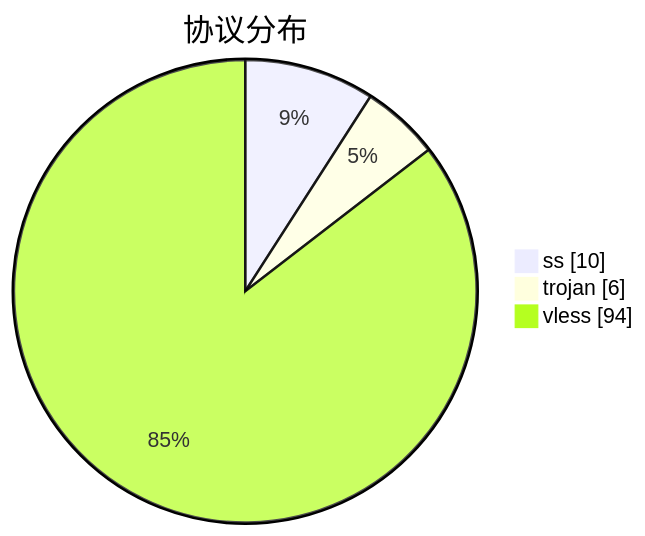
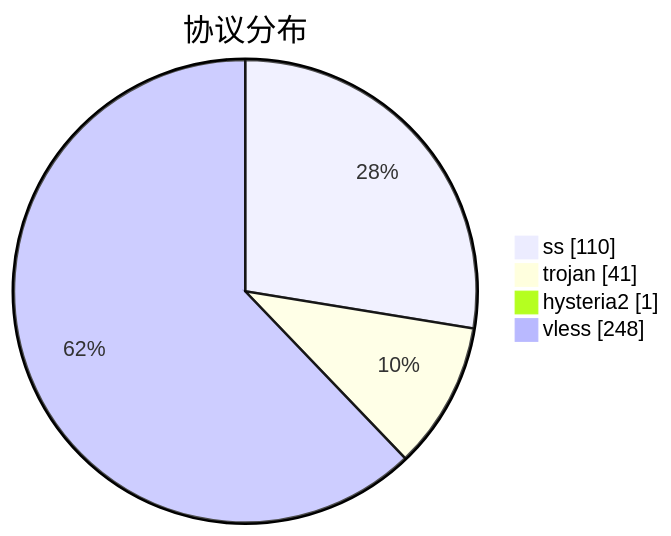
Before and after one commit to qjlxg/airport: the third of 3 diagrams in subs/statistics/tested_within.md, drawn with Mermaid. The commit also changed other lines of this file and 2 other files, not shown here.

````diff
--- a/subs/statistics/tested_within.md
+++ b/subs/statistics/tested_within.md
@@ -18,7 +18,8 @@
 ```mermaid
 pie showData
 title 协议分布
-"ss" : 10
-"trojan" : 6
-"vless" : 94
+"ss" : 110
+"trojan" : 41
+"hysteria2" : 1
+"vless" : 248
 ```
````
